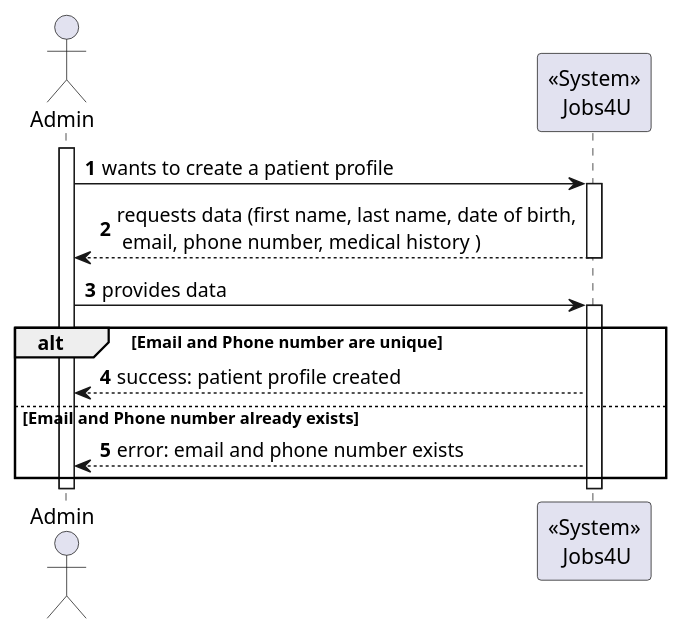
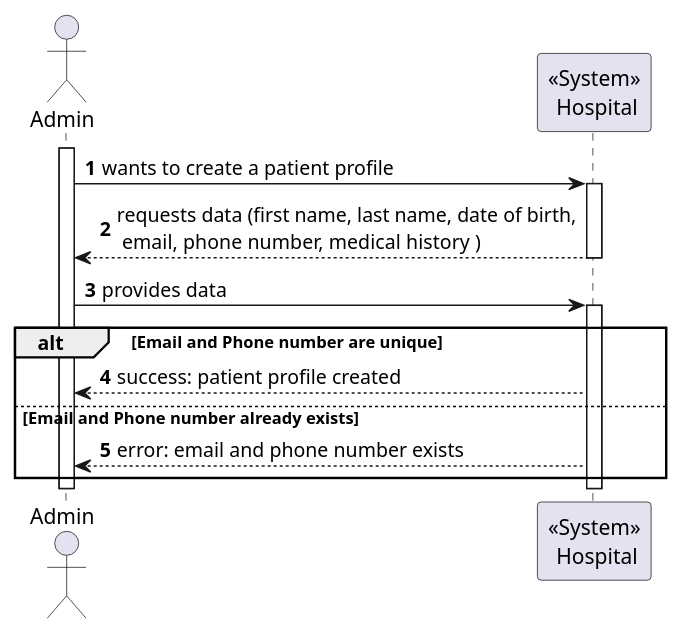
One commit to MiguelCardoso77/SurgicalSync-BackEnd changed the diagram in docs/SprintA/8-create-patient-profile/level1/process-view.puml. Above: the diagram before and after it, drawn with PlantUML. The commit also changed 1 other file, not shown here.

```diff
--- a/docs/SprintA/8-create-patient-profile/level1/process-view.puml
+++ b/docs/SprintA/8-create-patient-profile/level1/process-view.puml
@@ -1,25 +1,25 @@
 @startuml
 autonumber
 
 actor "Admin" as USER
-participant "<<System>>\n Jobs4U" as SYSTEM
+participant "<<System>>\n Hospital" as SYSTEM
 
 activate USER
 
     USER -> SYSTEM: wants to create a patient profile
     activate SYSTEM
 
         SYSTEM --> USER : requests data (first name, last name, date of birth,\n email, phone number, medical history )
     deactivate SYSTEM
         
     USER -> SYSTEM : provides data
     activate SYSTEM
         alt Email and Phone number are unique
             USER <-- SYSTEM : success: patient profile created
         else Email and Phone number already exists
             USER <-- SYSTEM : error: email and phone number exists
         end
     deactivate SYSTEM
     
 deactivate USER
 @enduml
```
